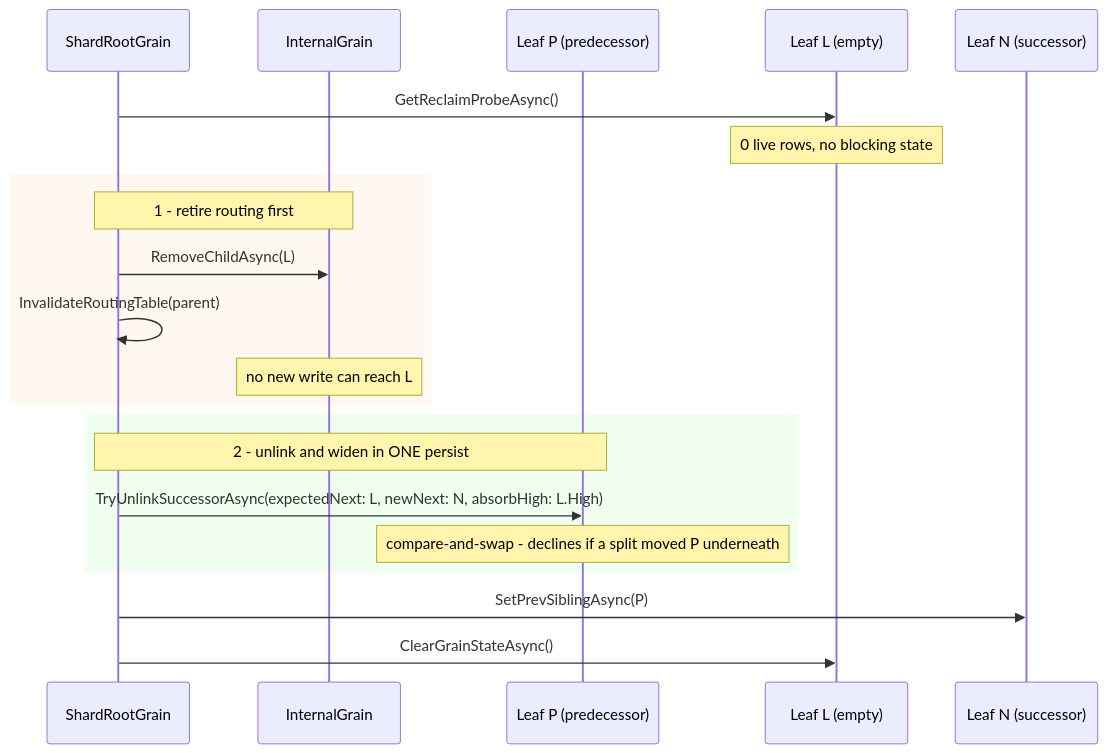
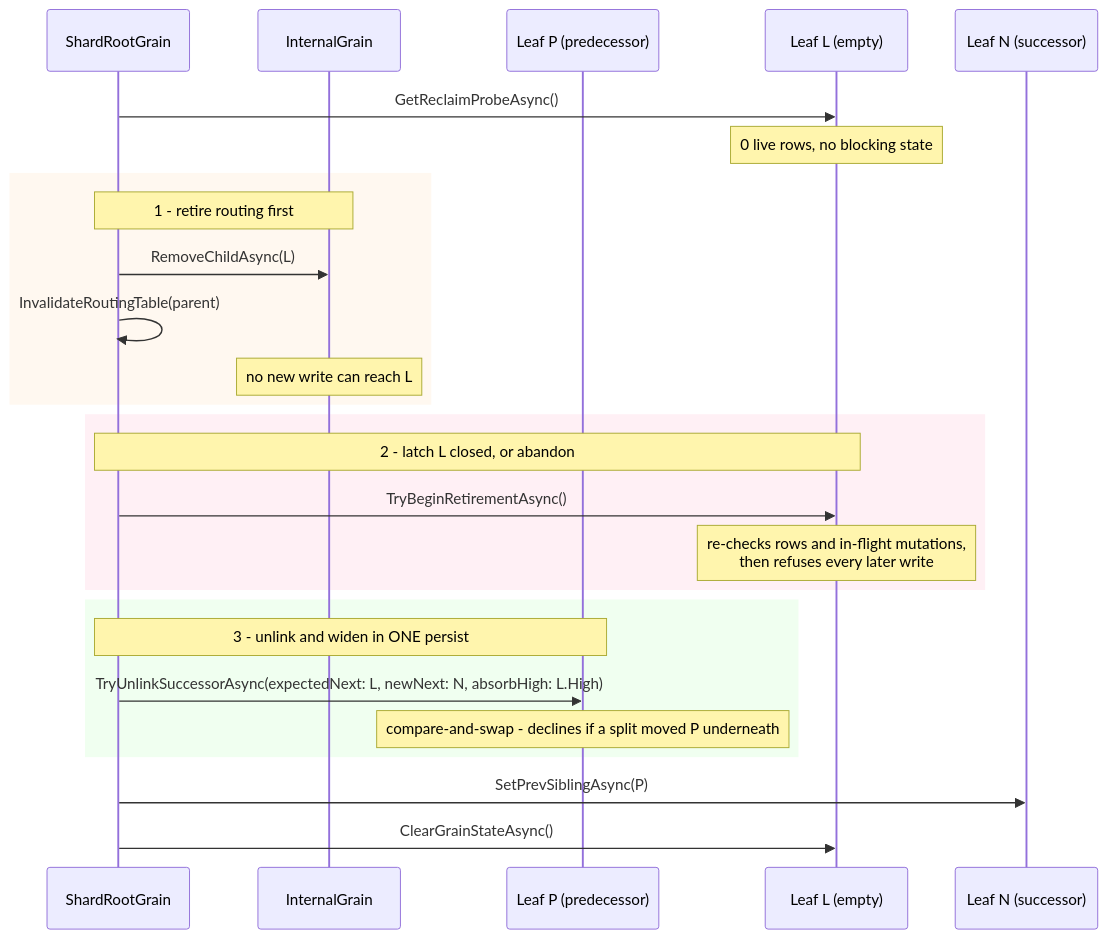
One commit to NSTA1/Orleans.Lattice changed the fourth of 4 diagrams in docs/lattice/tree-structure.md. Above: the diagram before and after it, drawn with Mermaid. The commit also changed other lines of this file and 11 other files, not shown here.

````diff
--- a/docs/lattice/tree-structure.md
+++ b/docs/lattice/tree-structure.md
@@ -127,27 +127,33 @@
 ```mermaid
 sequenceDiagram
     participant Root as ShardRootGrain
     participant Parent as InternalGrain
     participant Prev as Leaf P (predecessor)
     participant Leaf as Leaf L (empty)
     participant Next as Leaf N (successor)
 
     Root->>Leaf: GetReclaimProbeAsync()
     Note over Leaf: 0 live rows, no blocking state
 
     rect rgb(255, 248, 240)
     Note over Root,Parent: 1 - retire routing first
     Root->>Parent: RemoveChildAsync(L)
     Root->>Root: InvalidateRoutingTable(parent)
     Note over Parent: no new write can reach L
     end
 
+    rect rgb(255, 240, 245)
+    Note over Root,Leaf: 2 - latch L closed, or abandon
+    Root->>Leaf: TryBeginRetirementAsync()
+    Note over Leaf: re-checks rows and in-flight mutations,<br/>then refuses every later write
+    end
+
     rect rgb(240, 255, 240)
-    Note over Root,Prev: 2 - unlink and widen in ONE persist
+    Note over Root,Prev: 3 - unlink and widen in ONE persist
     Root->>Prev: TryUnlinkSuccessorAsync(expectedNext: L, newNext: N, absorbHigh: L.High)
     Note over Prev: compare-and-swap - declines if a split moved P underneath
     end
 
     Root->>Next: SetPrevSiblingAsync(P)
     Root->>Leaf: ClearGrainStateAsync()
 ```
````
